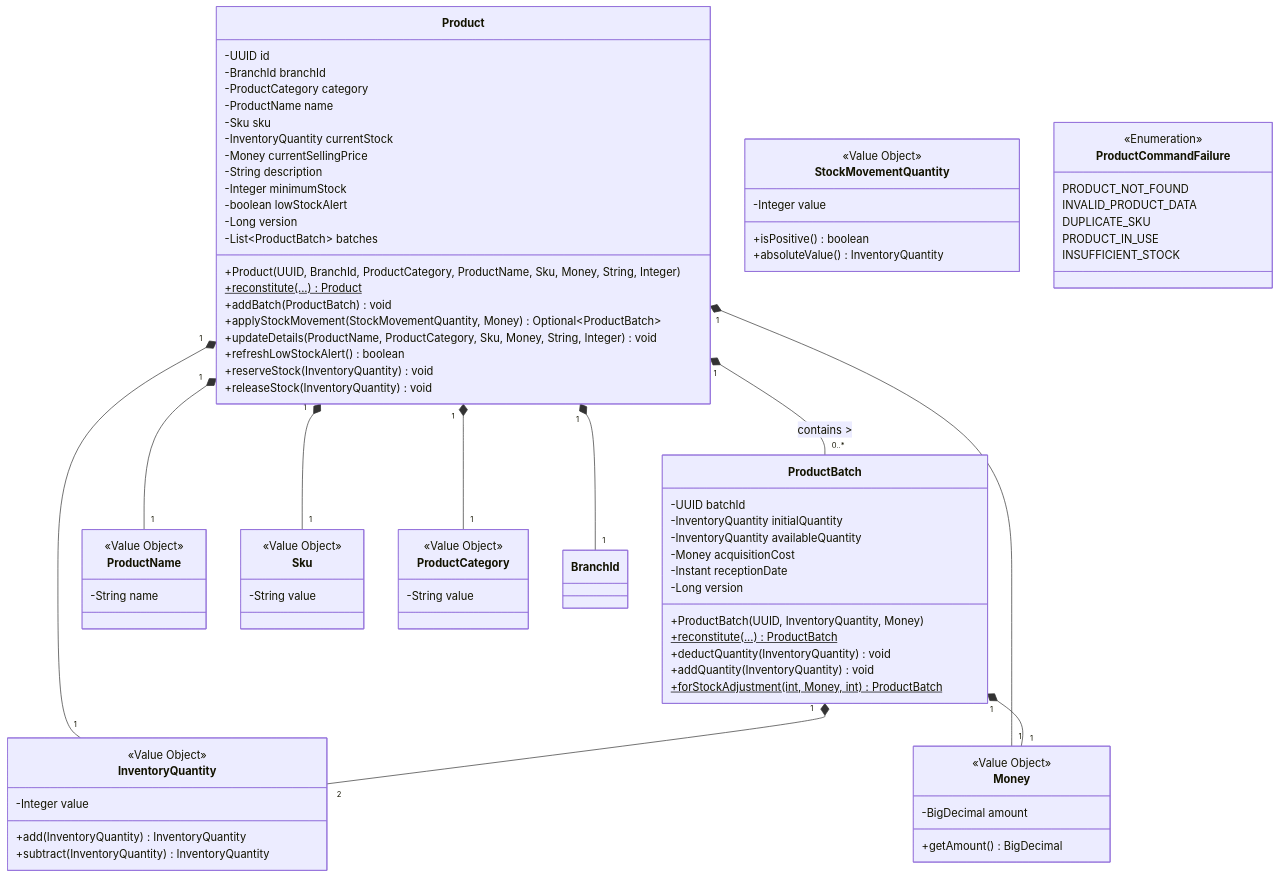
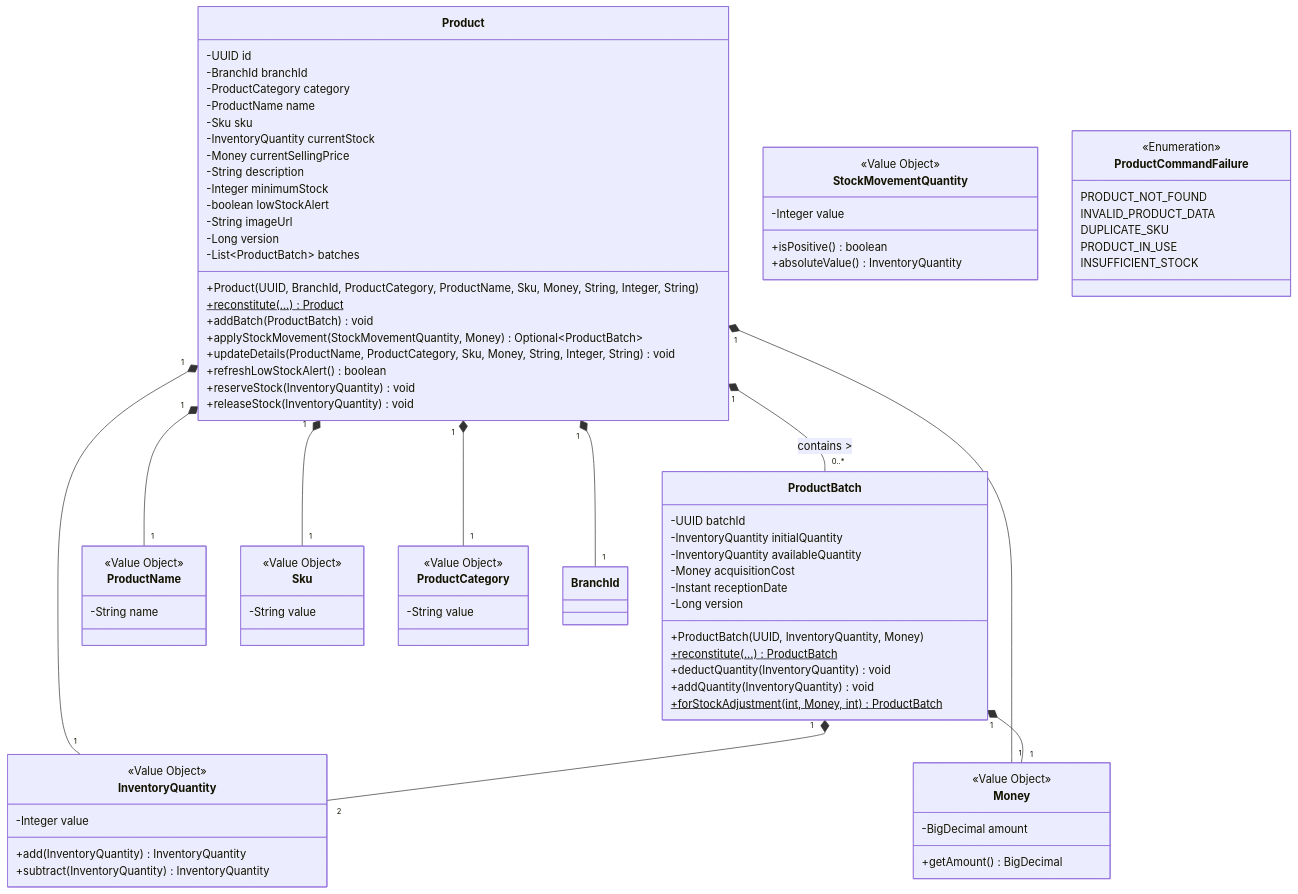
One commit to tux-logic/shiftiq-platform changed the first of 7 diagrams in docs/inventory-bounded-context-dictionary.md. Above: the diagram before and after it, drawn with Mermaid. The commit also changed 5 other files, not shown here.

```diff
--- a/docs/inventory-bounded-context-dictionary.md
+++ b/docs/inventory-bounded-context-dictionary.md
@@ -23,13 +23,14 @@
         -String description
         -Integer minimumStock
         -boolean lowStockAlert
+        -String imageUrl
         -Long version
         -List~ProductBatch~ batches
-        +Product(UUID, BranchId, ProductCategory, ProductName, Sku, Money, String, Integer)
+        +Product(UUID, BranchId, ProductCategory, ProductName, Sku, Money, String, Integer, String)
         +reconstitute(...)$ Product
         +addBatch(ProductBatch) void
         +applyStockMovement(StockMovementQuantity, Money) Optional~ProductBatch~
-        +updateDetails(ProductName, ProductCategory, Sku, Money, String, Integer) void
+        +updateDetails(ProductName, ProductCategory, Sku, Money, String, Integer, String) void
         +refreshLowStockAlert() boolean
         +reserveStock(InventoryQuantity) void
         +releaseStock(InventoryQuantity) void
```
